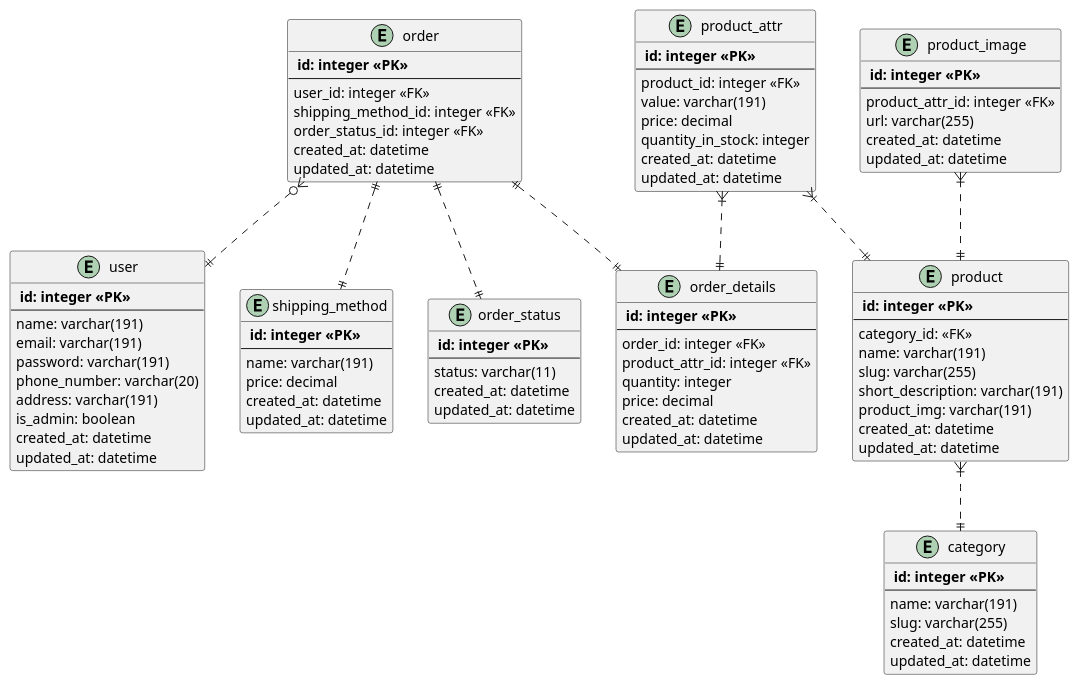
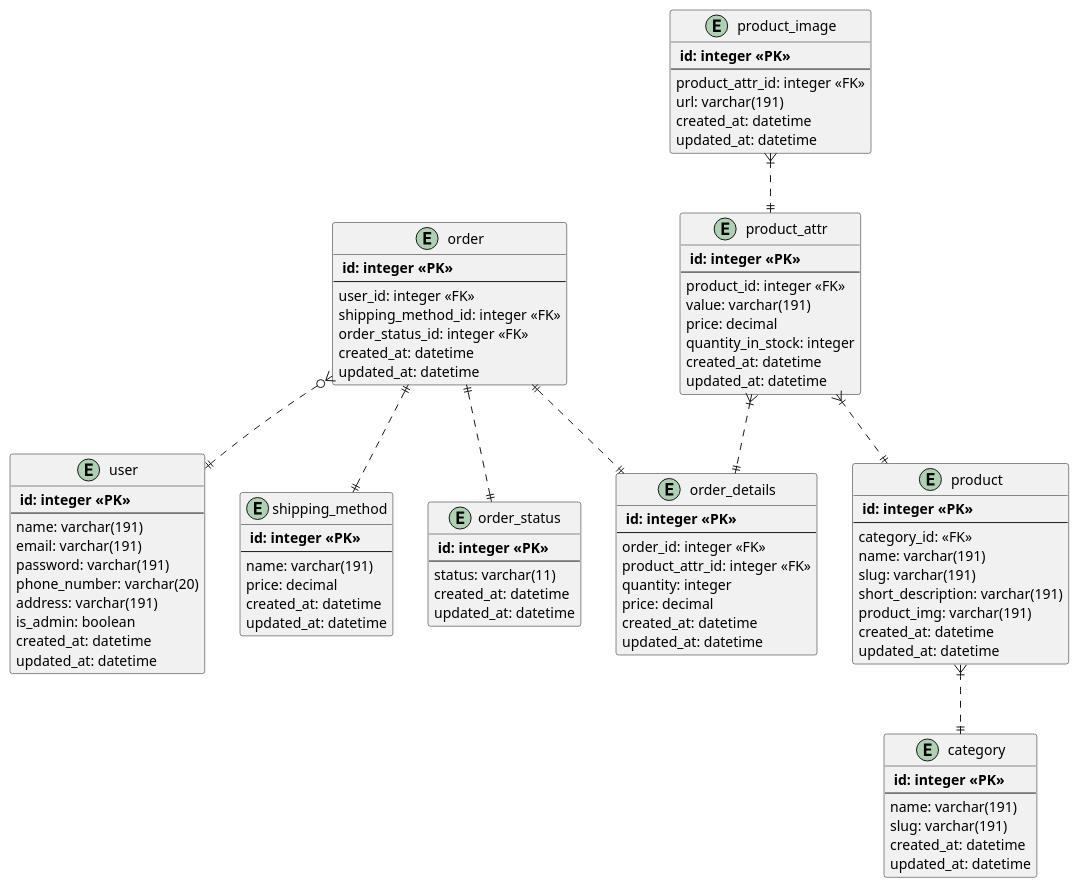
The diagram in Docs/erd.pu (vuxuanthanh1203/final-project), drawn with PlantUML before and after one commit. The commit also changed 20 other files, not shown here.

```diff
--- a/Docs/erd.pu
+++ b/Docs/erd.pu
@@ -1,104 +1,104 @@
 @startuml entity_relationship
     entity user {
         ** id: integer <<PK>> **
         --
         name: varchar(191)
         email: varchar(191)
         password: varchar(191)
         phone_number: varchar(20)
         address: varchar(191)
         is_admin: boolean
         created_at: datetime
         updated_at: datetime
     }
 
     entity category {
         ** id: integer <<PK>> **
         --
         name: varchar(191) 
-        slug: varchar(255)
+        slug: varchar(191)
         created_at: datetime
         updated_at: datetime
     }
 
     entity product {
         ** id: integer <<PK>> **
         --
         category_id: <<FK>>
         name: varchar(191)
-        slug: varchar(255)
+        slug: varchar(191)
         short_description: varchar(191)
         product_img: varchar(191)
         created_at: datetime
         updated_at: datetime
     }
 
     entity product_attr {
         ** id: integer <<PK>> **
         --
         product_id: integer <<FK>>
         value: varchar(191)
         price: decimal
         quantity_in_stock: integer
         created_at: datetime
         updated_at: datetime
     }
 
     entity product_image {
         ** id: integer <<PK>> **
         --
         product_attr_id: integer <<FK>>
-        url: varchar(255)
+        url: varchar(191)
         created_at: datetime
         updated_at: datetime
     }
 
     entity shipping_method {
         ** id: integer <<PK>> **
         --
         name: varchar(191)
         price: decimal
         created_at: datetime
         updated_at: datetime
     }
 
     entity order_status {
         ** id: integer <<PK>> **
         --
         status: varchar(11)
         created_at: datetime
         updated_at: datetime
     }
 
     entity order {
         ** id: integer <<PK>> **
         --
         user_id: integer <<FK>>
         shipping_method_id: integer <<FK>>
         order_status_id: integer <<FK>>
         created_at: datetime
         updated_at: datetime
     }
 
     entity order_details {
         ** id: integer <<PK>> **
         --
         order_id: integer <<FK>>
         product_attr_id: integer <<FK>>
         quantity: integer
         price: decimal
         created_at: datetime
         updated_at: datetime
     }
 
     product }|..|| category
     product_attr }|..|| product
-    product_image }|..|| product
+    product_image }|..|| product_attr
     order }o..|| user
     order ||..|| order_details
     order ||..|| order_status
     order ||..|| shipping_method
     product_attr }|..|| order_details
 
 
 @endstart
```
